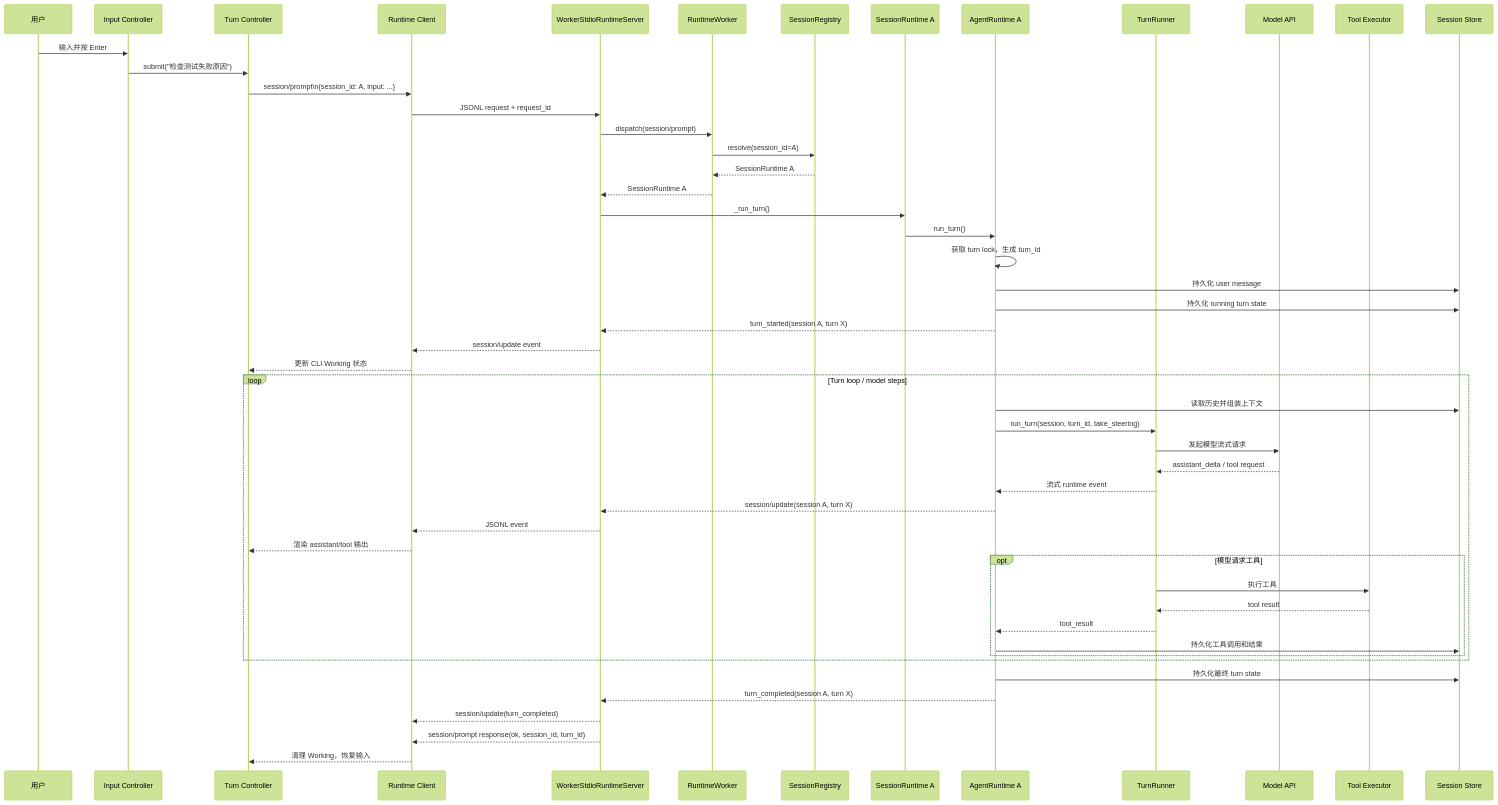
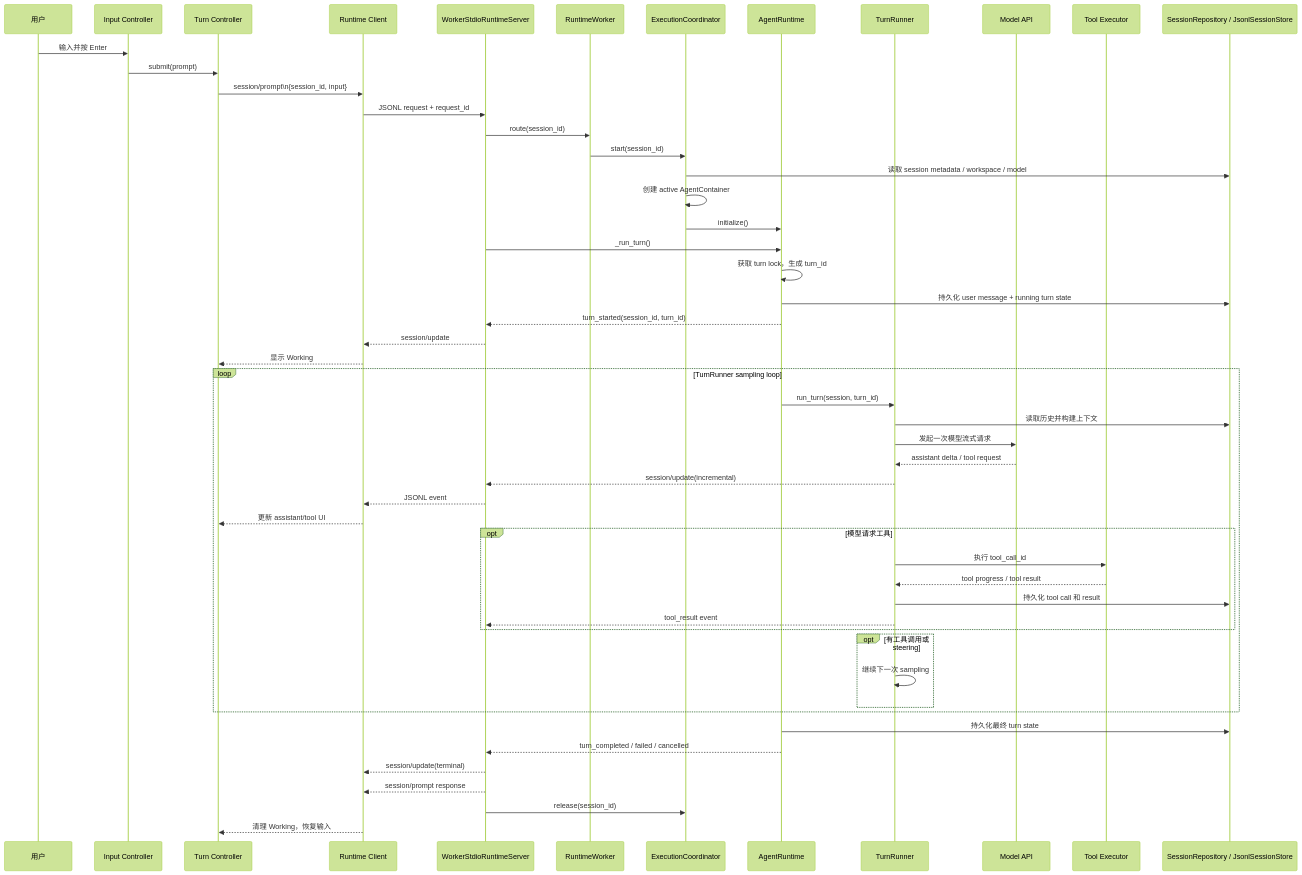
The fourth of 8 diagrams in docs/cli-turn-flow.md (Azzurroooo/rind), drawn with Mermaid (forest theme) before and after one commit. The commit also changed other lines of this file and 4 other files, not shown here.

````diff
--- a/docs/cli-turn-flow.md
+++ b/docs/cli-turn-flow.md
@@ -99,57 +153,59 @@
 ```mermaid
 sequenceDiagram
     participant U as 用户
     participant I as Input Controller
     participant T as Turn Controller
     participant C as Runtime Client
     participant S as WorkerStdioRuntimeServer
     participant W as RuntimeWorker
-    participant R as SessionRegistry
-    participant SR as SessionRuntime A
-    participant A as AgentRuntime A
-    participant TR as TurnRunner
+    participant E as ExecutionCoordinator
+    participant A as AgentRuntime
+    participant R as TurnRunner
     participant M as Model API
     participant X as Tool Executor
-    participant H as Session Store
+    participant H as SessionRepository / JsonlSessionStore
 
     U->>I: 输入并按 Enter
-    I->>T: submit("检查测试失败原因")
-    T->>C: session/prompt\n{session_id: A, input: ...}
+    I->>T: submit(prompt)
+    T->>C: session/prompt\n{session_id, input}
     C->>S: JSONL request + request_id
-    S->>W: dispatch(session/prompt)
-    W->>R: resolve(session_id=A)
-    R-->>W: SessionRuntime A
-    W-->>S: SessionRuntime A
-    S->>SR: _run_turn()
-    SR->>A: run_turn()
+    S->>W: route(session_id)
+    W->>E: start(session_id)
+    E->>H: 读取 session metadata / workspace / model
+    E->>E: 创建 active AgentContainer
+    E->>A: initialize()
+    S->>A: _run_turn()
     A->>A: 获取 turn lock，生成 turn_id
-    A->>H: 持久化 user message
-    A->>H: 持久化 running turn state
-    A-->>S: turn_started(session A, turn X)
-    S-->>C: session/update event
-    C-->>T: 更新 CLI Working 状态
+    A->>H: 持久化 user message + running turn state
+    A-->>S: turn_started(session_id, turn_id)
+    S-->>C: session/update
+    C-->>T: 显示 Working
 
-    loop Turn loop / model steps
-        A->>H: 读取历史并组装上下文
-        A->>TR: run_turn(session, turn_id, take_steering)
-        TR->>M: 发起模型流式请求
-        M-->>TR: assistant_delta / tool request
-        TR-->>A: 流式 runtime event
-        A-->>S: session/update(session A, turn X)
+    loop TurnRunner sampling loop
+        A->>R: run_turn(session, turn_id)
+        R->>H: 读取历史并构建上下文
+        R->>M: 发起一次模型流式请求
+        M-->>R: assistant delta / tool request
+        R-->>S: session/update(incremental)
         S-->>C: JSONL event
-        C-->>T: 渲染 assistant/tool 输出
+        C-->>T: 更新 assistant/tool UI
 
         opt 模型请求工具
-            TR->>X: 执行工具
-            X-->>TR: tool result
-            TR-->>A: tool_result
-            A->>H: 持久化工具调用和结果
+            R->>X: 执行 tool_call_id
+            X-->>R: tool progress / tool result
+            R->>H: 持久化 tool call 和 result
+            R-->>S: tool_result event
+        end
+
+        opt 有工具调用或 steering
+            R->>R: 继续下一次 sampling
         end
     end
 
     A->>H: 持久化最终 turn state
-    A-->>S: turn_completed(session A, turn X)
-    S-->>C: session/update(turn_completed)
-    S-->>C: session/prompt response(ok, session_id, turn_id)
+    A-->>S: turn_completed / failed / cancelled
+    S-->>C: session/update(terminal)
+    S-->>C: session/prompt response
+    S->>E: release(session_id)
     C-->>T: 清理 Working，恢复输入
 ```
````
